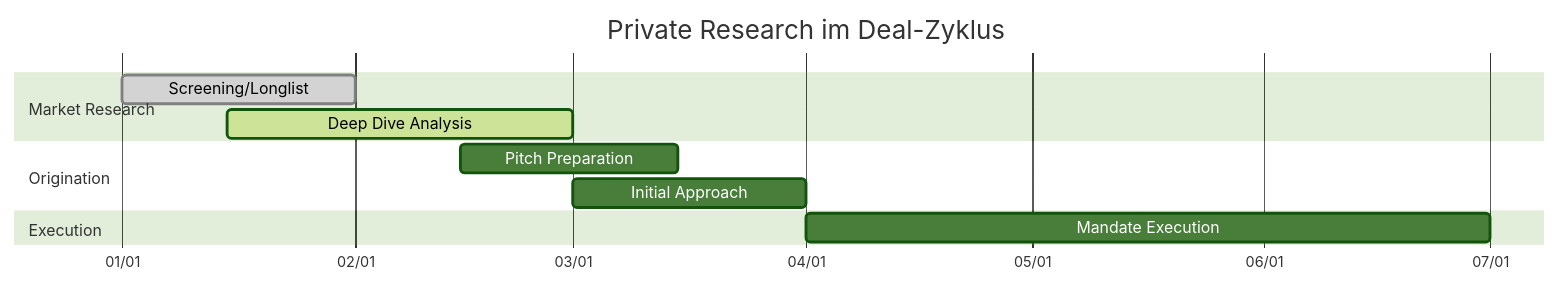
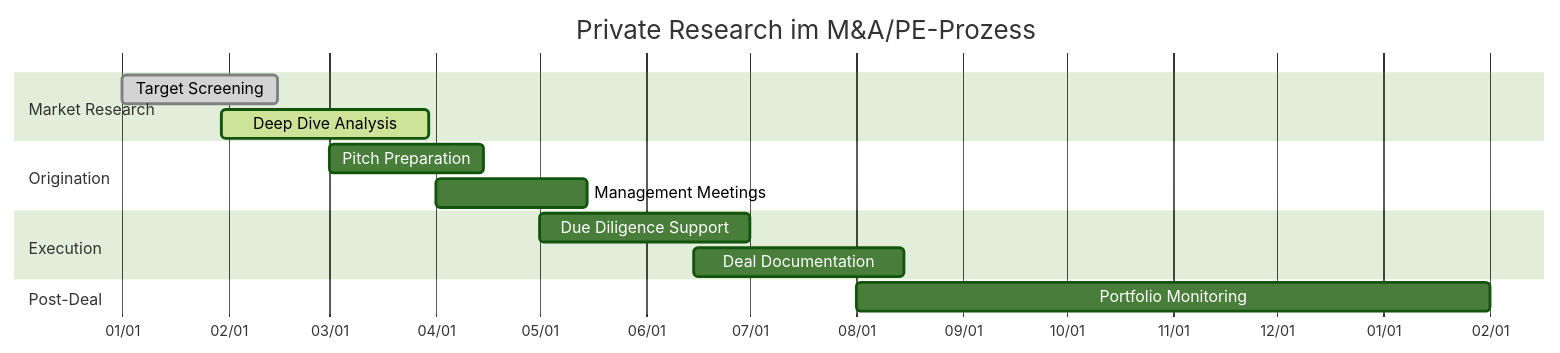
Before and after one commit to ProfDrT/investment-bank: the eighth of 12 diagrams in 06b_Research_Private_Companies.md, drawn with Mermaid (forest theme). The commit also changed other lines of this file, not shown here.

First line of the commit message:
feat: comprehensive rewrite of private company research document

````diff
--- a/06b_Research_Private_Companies.md
+++ b/06b_Research_Private_Companies.md
@@ -181,17 +393,21 @@
 ```mermaid
 gantt
-    title Private Research im Deal-Zyklus
+    title Private Research im M&A/PE-Prozess
     dateFormat  YYYY-MM-DD
     axisFormat  %m/%d
 
     section Market Research
-    Screening/Longlist       :done,   S1,  2024-01-01, 2024-02-01
-    Deep Dive Analysis       :active, S2,  2024-01-15, 2024-03-01
+    Target Screening        :done,   S1,  2024-01-01, 2024-02-15
+    Deep Dive Analysis      :active, S2,  2024-01-30, 2024-03-30
     
     section Origination
-    Pitch Preparation        :        P1,  2024-02-15, 2024-03-15
-    Initial Approach         :        P2,  2024-03-01, 2024-04-01
+    Pitch Preparation       :        P1,  2024-03-01, 2024-04-15
+    Management Meetings     :        P2,  2024-04-01, 2024-05-15
     
     section Execution
-    Mandate Execution        :        E1,  2024-04-01, 2024-07-01
+    Due Diligence Support   :        E1,  2024-05-01, 2024-07-01
+    Deal Documentation      :        E2,  2024-06-15, 2024-08-15
+    
+    section Post-Deal
+    Portfolio Monitoring    :        PD,  2024-08-01, 2025-02-01
 ```
````
